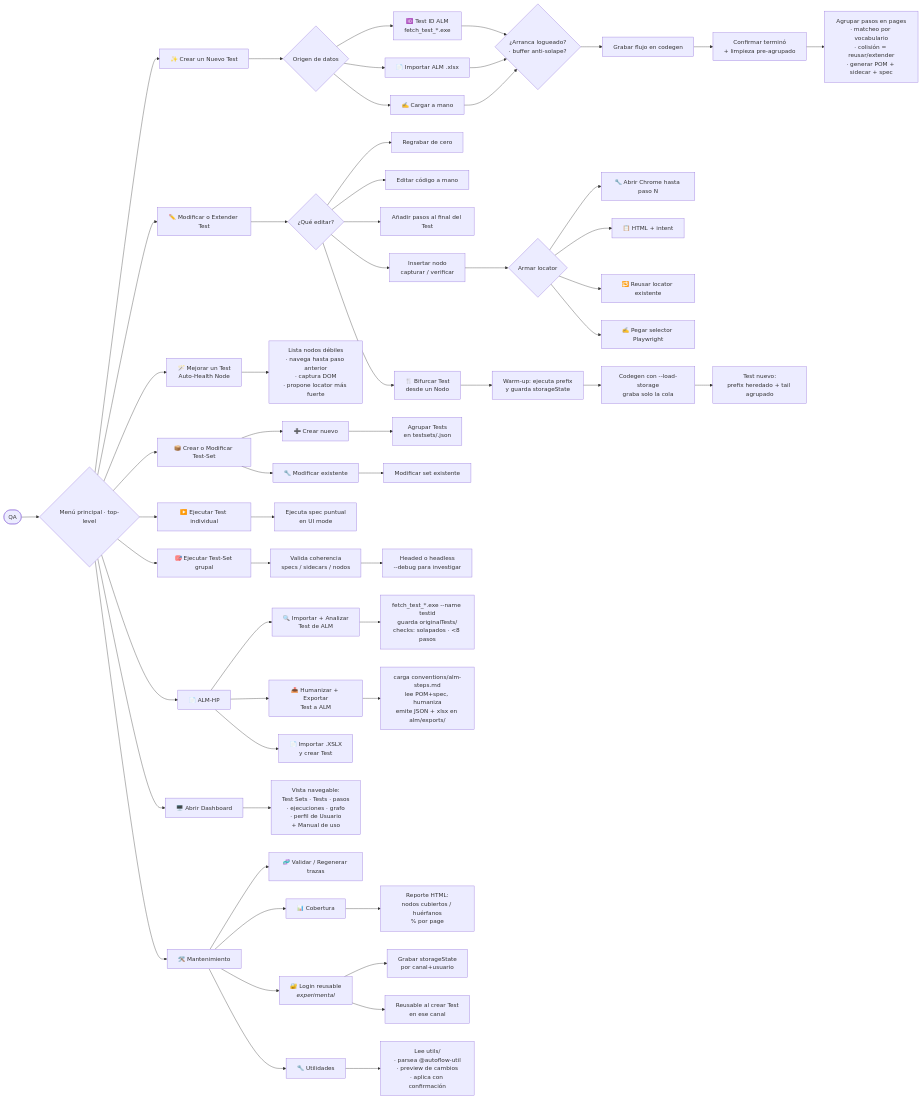
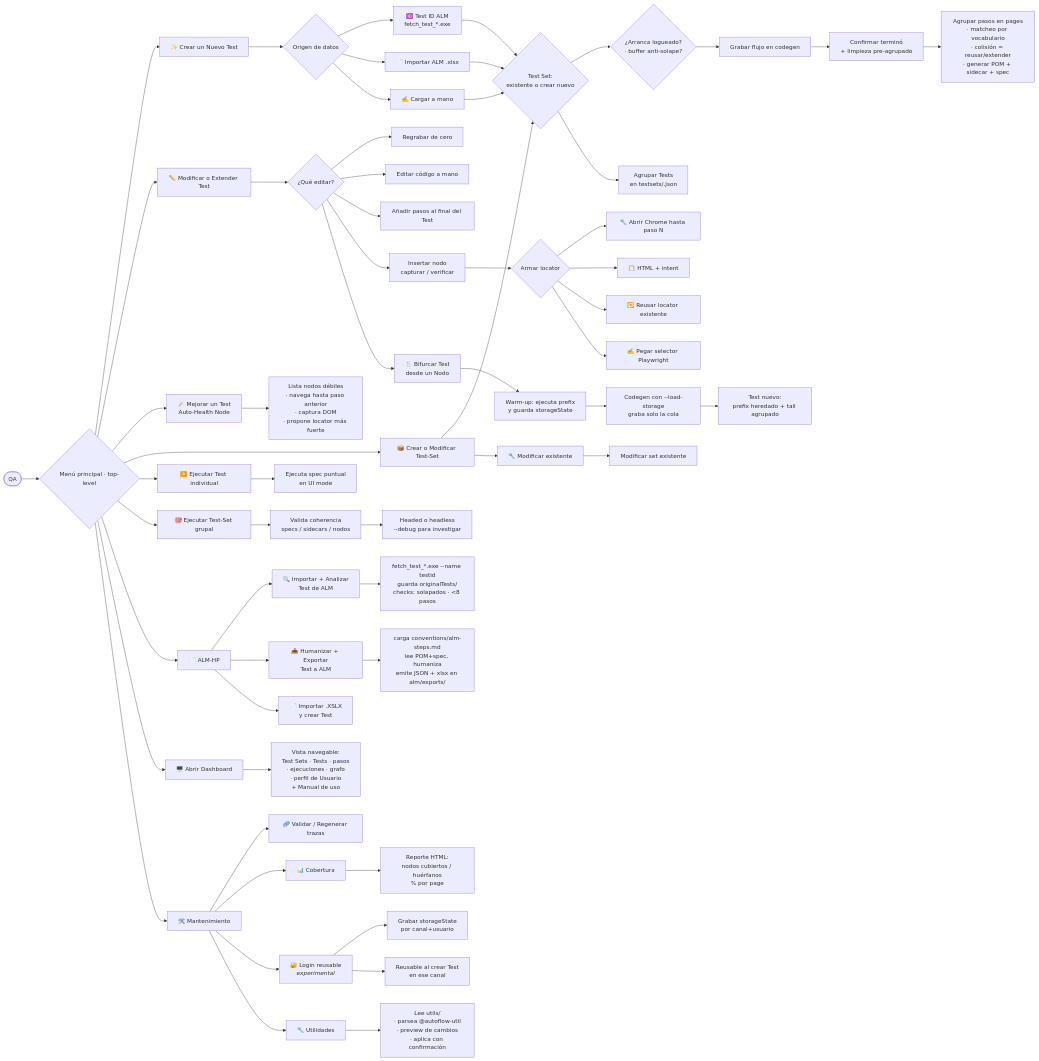
Before and after one commit to blass1/AutoFlowAgent: the second of 4 diagrams in README.md, drawn with Mermaid. The commit also changed 5 other files, not shown here.

````diff
--- a/README.md
+++ b/README.md
@@ -53,75 +53,76 @@
 ```mermaid
 flowchart LR
     QA([QA])
     Menu{Menú principal · top-level}
 
     QA --> Menu
 
     Menu --> Crear[✨ Crear un Nuevo Test]
     Menu --> Editar[✏️ Modificar o Extender Test]
     Menu --> AHN[🪄 Mejorar un Test<br/>Auto-Health Node]
     Menu --> TS[📦 Crear o Modificar Test-Set]
     Menu --> Correr[▶️ Ejecutar Test individual]
     Menu --> CorrerTS[🎯 Ejecutar Test-Set grupal]
     Menu --> ALM[📄 ALM-HP]
     Menu --> Dash[🖥️ Abrir Dashboard]
     Menu --> Mant[🛠️ Mantenimiento]
 
     TS --> CrearTS[➕ Crear nuevo]
     TS --> EditarTS[🔧 Modificar existente]
 
     ALM --> ALMAnalyze[🔍 Importar + Analizar<br/>Test de ALM]
     ALM --> ALMExp[📤 Humanizar + Exportar<br/>Test a ALM]
     ALM --> ALMImp[📄 Importar .XSLX<br/>y crear Test]
 
     Mant --> ValT[🧬 Validar / Regenerar trazas]
     Mant --> Cob[📊 Cobertura]
     Mant --> Auth[🔐 Login reusable<br/><i>experimental</i>]
     Mant --> Utils[🔧 Utilidades]
 
     Crear --> CrearOrigen{Origen de datos}
     CrearOrigen --> CrearTID[🆔 Test ID ALM<br/>fetch_test_*.exe]
     CrearOrigen --> CrearALMImp[📄 Importar ALM .xlsx]
     CrearOrigen --> CrearManual[✍️ Cargar a mano]
-    CrearManual --> CrearLogin{¿Arranca logueado?<br/>· buffer anti-solape?}
-    CrearALMImp --> CrearLogin
-    CrearTID --> CrearLogin
+    CrearManual --> CrearTS{Test Set:<br/>existente o crear nuevo}
+    CrearALMImp --> CrearTS
+    CrearTID --> CrearTS
+    CrearTS --> CrearLogin{¿Arranca logueado?<br/>· buffer anti-solape?}
     CrearLogin --> CrearGrabar[Grabar flujo en codegen]
     CrearGrabar --> CrearConfirm[Confirmar terminó<br/>+ limpieza pre-agrupado]
     CrearConfirm --> CrearPOM[Agrupar pasos en pages<br/>· matcheo por vocabulario<br/>· colisión = reusar/extender<br/>· generar POM + sidecar + spec]
 
     Editar --> EditarQue{¿Qué editar?}
     EditarQue --> EditRegrabar[Regrabar de cero]
     EditarQue --> EditCodigo[Editar código a mano]
     EditarQue --> EditAppend[Añadir pasos al final del Test]
     EditarQue --> EditNodo[Insertar nodo<br/>capturar / verificar]
     EditarQue --> EditFork[🍴 Bifurcar Test<br/>desde un Nodo]
     EditFork --> ForkWarmup[Warm-up: ejecuta prefix<br/>y guarda storageState]
     ForkWarmup --> ForkTail[Codegen con --load-storage<br/>graba solo la cola]
     ForkTail --> ForkSpec[Test nuevo:<br/>prefix heredado + tail agrupado]
     EditNodo --> EditNodoLoc{Armar locator}
     EditNodoLoc --> LocPause[🔧 Abrir Chrome hasta paso N]
     EditNodoLoc --> LocHTML[📋 HTML + intent]
     EditNodoLoc --> LocReusar[🔁 Reusar locator existente]
     EditNodoLoc --> LocPegar[✍️ Pegar selector Playwright]
 
     Correr --> CorrerUI[Ejecuta spec puntual<br/>en UI mode]
 
     CrearTS --> TSAgrupar[Agrupar Tests<br/>en testsets/.json]
     EditarTS --> TSEditar[Modificar set existente]
     CorrerTS --> TSValidar[Valida coherencia<br/>specs / sidecars / nodos]
     TSValidar --> TSCorrer[Headed o headless<br/>--debug para investigar]
 
     AHN --> AHNFlow[Lista nodos débiles<br/>· navega hasta paso anterior<br/>· captura DOM<br/>· propone locator más fuerte]
 
     Auth --> AuthGrabar[Grabar storageState<br/>por canal+usuario]
     Auth --> AuthReuso[Reusable al crear Test<br/>en ese canal]
 
     ALMAnalyze --> ALMAnalyzeFlow[fetch_test_*.exe --name testid<br/>guarda originalTests/<br/>checks: solapados · <8 pasos]
     ALMExp --> ALMExpFlow[carga conventions/alm-steps.md<br/>lee POM+spec, humaniza<br/>emite JSON + xlsx en alm/exports/]
 
     Utils --> UtilsFlow[Lee utils/<br/>· parsea @autoflow-util<br/>· preview de cambios<br/>· aplica con confirmación]
 
     Cob --> CobReporte[Reporte HTML:<br/>nodos cubiertos / huérfanos<br/>% por page]
     Dash --> DashHtml[Vista navegable:<br/>Test Sets · Tests · pasos<br/>· ejecuciones · grafo<br/>· perfil de Usuario<br/>+ Manual de uso]
 ```
````
